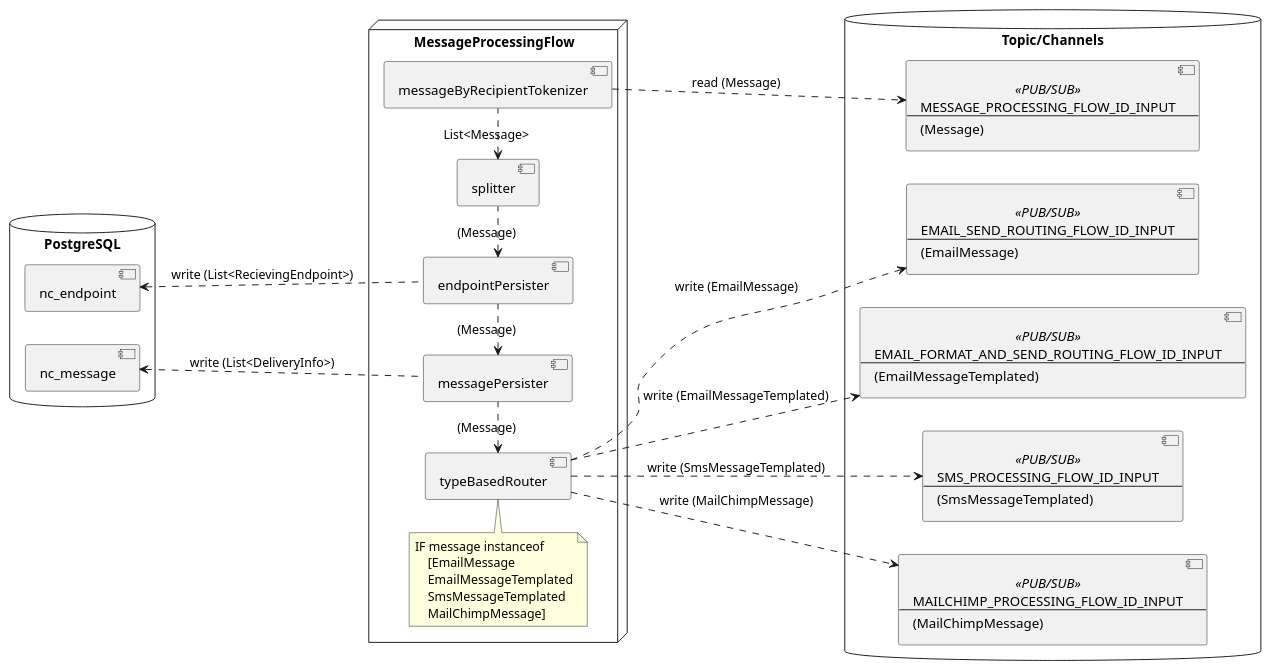
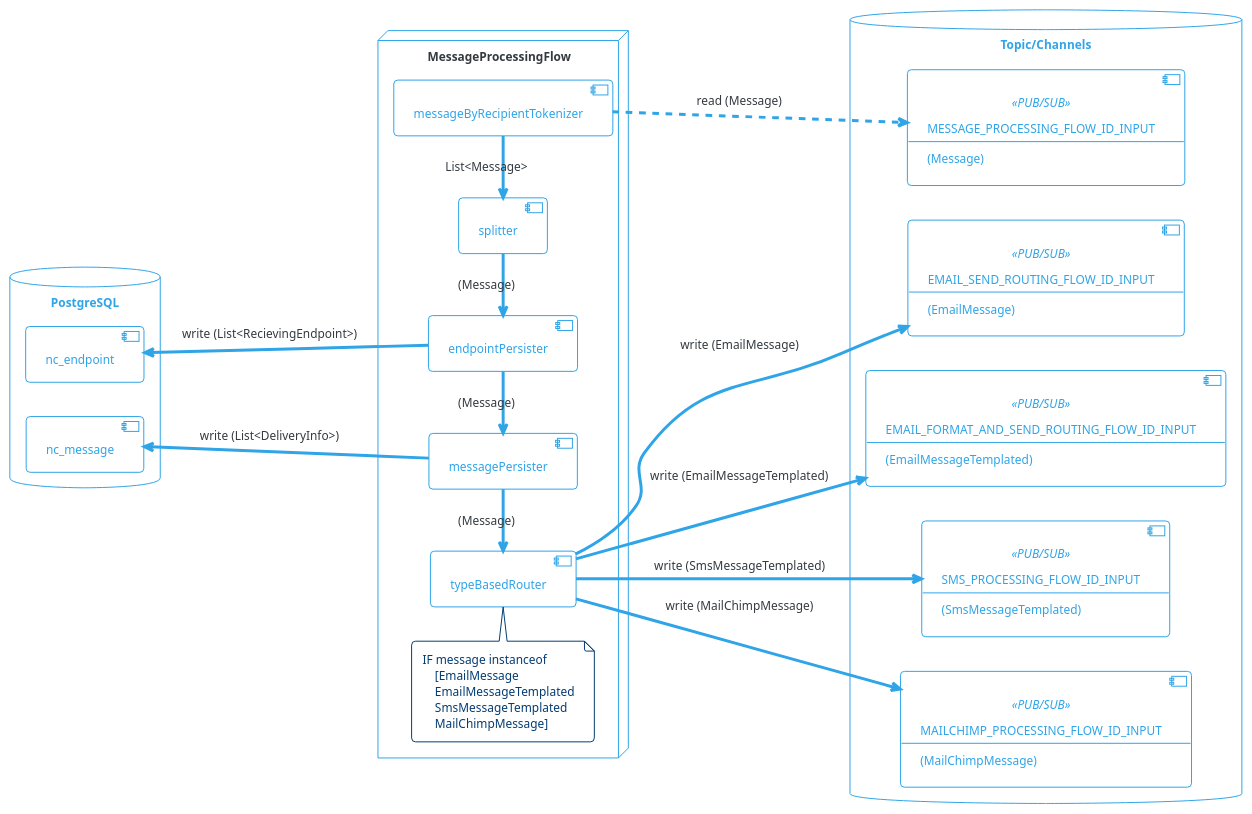
The diagram in diagrams/message-processing-flow.puml (com-obj/notiflow), drawn with PlantUML before and after one commit. The commit also changed 5 other files, not shown here.

Commit message:
diagram update

```diff
--- a/diagrams/message-processing-flow.puml
+++ b/diagrams/message-processing-flow.puml
@@ -1,78 +1,80 @@
 @startuml
+
+!theme cerulean-outline
 
 left to right direction
 
 skinparam component {
     backgroundColor<<user defined>> LightGray
 }
 
 database "PostgreSQL" {
     [nc_message]
     [nc_endpoint]
 }
 
 database "Topic/Channels" {
     component MESSAGE_PROCESSING_FLOW_ID_INPUT<<PUB/SUB>>[
         MESSAGE_PROCESSING_FLOW_ID_INPUT
         --
         (Message)
     ]
 
     component EMAIL_SEND_ROUTING_FLOW_ID_INPUT<<PUB/SUB>>[
         EMAIL_SEND_ROUTING_FLOW_ID_INPUT
         --
         (EmailMessage)   
     ]
 
     component EMAIL_FORMAT_AND_SEND_ROUTING_FLOW_ID_INPUT<<PUB/SUB>>[
         EMAIL_FORMAT_AND_SEND_ROUTING_FLOW_ID_INPUT
         --
         (EmailMessageTemplated)
     ]
 
     component SMS_PROCESSING_FLOW_ID_INPUT<<PUB/SUB>>[
         SMS_PROCESSING_FLOW_ID_INPUT
         --
         (SmsMessageTemplated)
     ]
 
     component MAILCHIMP_PROCESSING_FLOW_ID_INPUT<<PUB/SUB>>[
         MAILCHIMP_PROCESSING_FLOW_ID_INPUT
         --
         (MailChimpMessage)
     ]
 }
 
 node "MessageProcessingFlow" {
     [messageByRecipientTokenizer]
     [splitter]
     [endpointPersister]
     [messagePersister]
     [typeBasedRouter]
 
     note top of typeBasedRouter 
     IF message instanceof  
         [EmailMessage
         EmailMessageTemplated
         SmsMessageTemplated
         MailChimpMessage]
     end note  
 
-    messageByRecipientTokenizer .l.> splitter : List<Message>
-    splitter .l.> endpointPersister : (Message)
-    endpointPersister .l.> messagePersister: (Message)
-    messagePersister .l..> typeBasedRouter: (Message)
+    messageByRecipientTokenizer -l-> splitter : List<Message>
+    splitter -l-> endpointPersister : (Message)
+    endpointPersister -l-> messagePersister: (Message)
+    messagePersister -l--> typeBasedRouter: (Message)
 
     messageByRecipientTokenizer ..> MESSAGE_PROCESSING_FLOW_ID_INPUT : read (Message) 
-    typeBasedRouter ..> EMAIL_SEND_ROUTING_FLOW_ID_INPUT: write (EmailMessage)
-    typeBasedRouter ..> EMAIL_FORMAT_AND_SEND_ROUTING_FLOW_ID_INPUT: write (EmailMessageTemplated)
-    typeBasedRouter ..> SMS_PROCESSING_FLOW_ID_INPUT: write (SmsMessageTemplated)
-    typeBasedRouter ..> MAILCHIMP_PROCESSING_FLOW_ID_INPUT: write (MailChimpMessage)
+    typeBasedRouter --> EMAIL_SEND_ROUTING_FLOW_ID_INPUT: write (EmailMessage)
+    typeBasedRouter --> EMAIL_FORMAT_AND_SEND_ROUTING_FLOW_ID_INPUT: write (EmailMessageTemplated)
+    typeBasedRouter --> SMS_PROCESSING_FLOW_ID_INPUT: write (SmsMessageTemplated)
+    typeBasedRouter --> MAILCHIMP_PROCESSING_FLOW_ID_INPUT: write (MailChimpMessage)
 
-    messagePersister .u.> nc_message: write (List<DeliveryInfo>)
-    endpointPersister .u.> nc_endpoint: write (List<RecievingEndpoint>)
+    messagePersister -u-> nc_message: write (List<DeliveryInfo>)
+    endpointPersister -u-> nc_endpoint: write (List<RecievingEndpoint>)
 
 }
 
 
 @enduml
```
